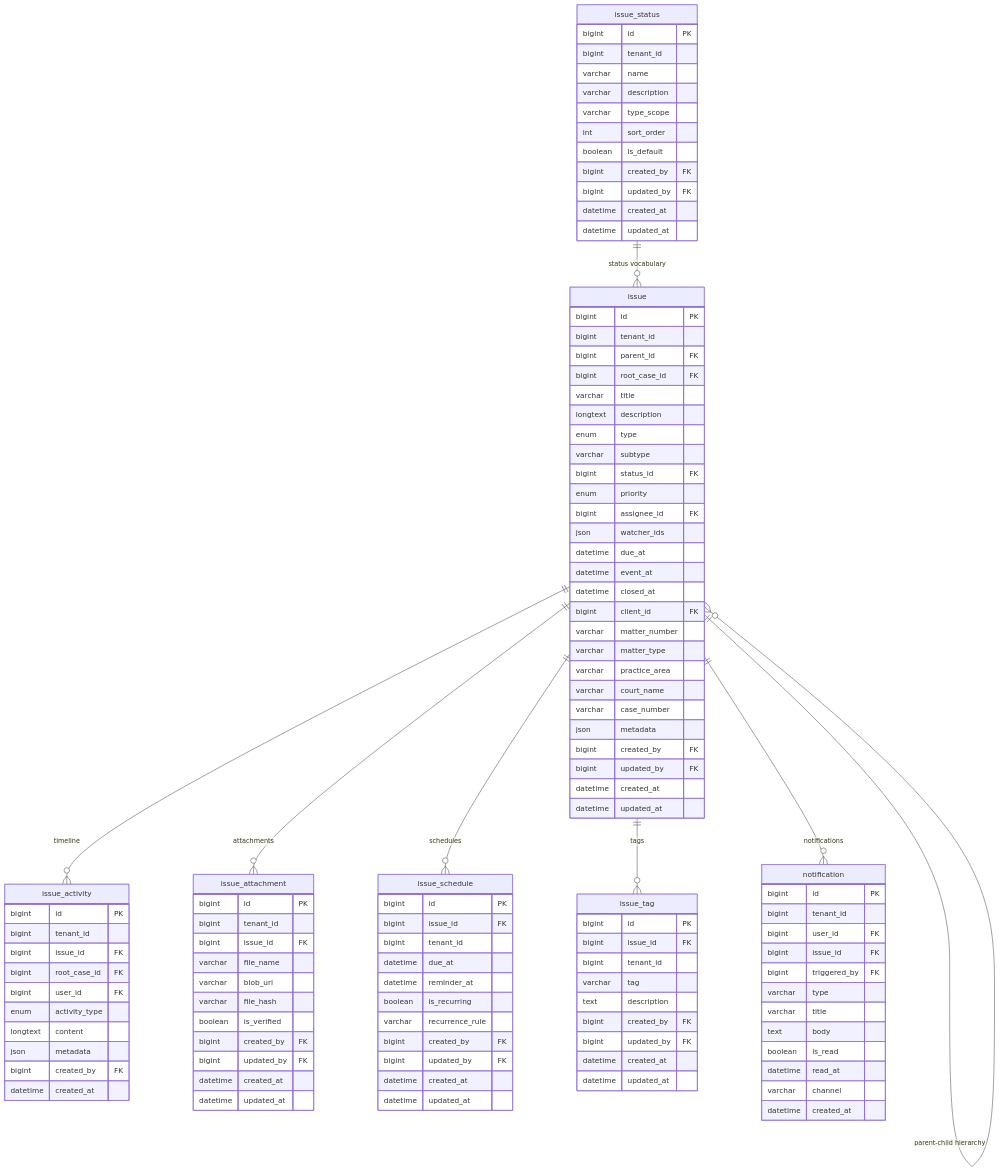
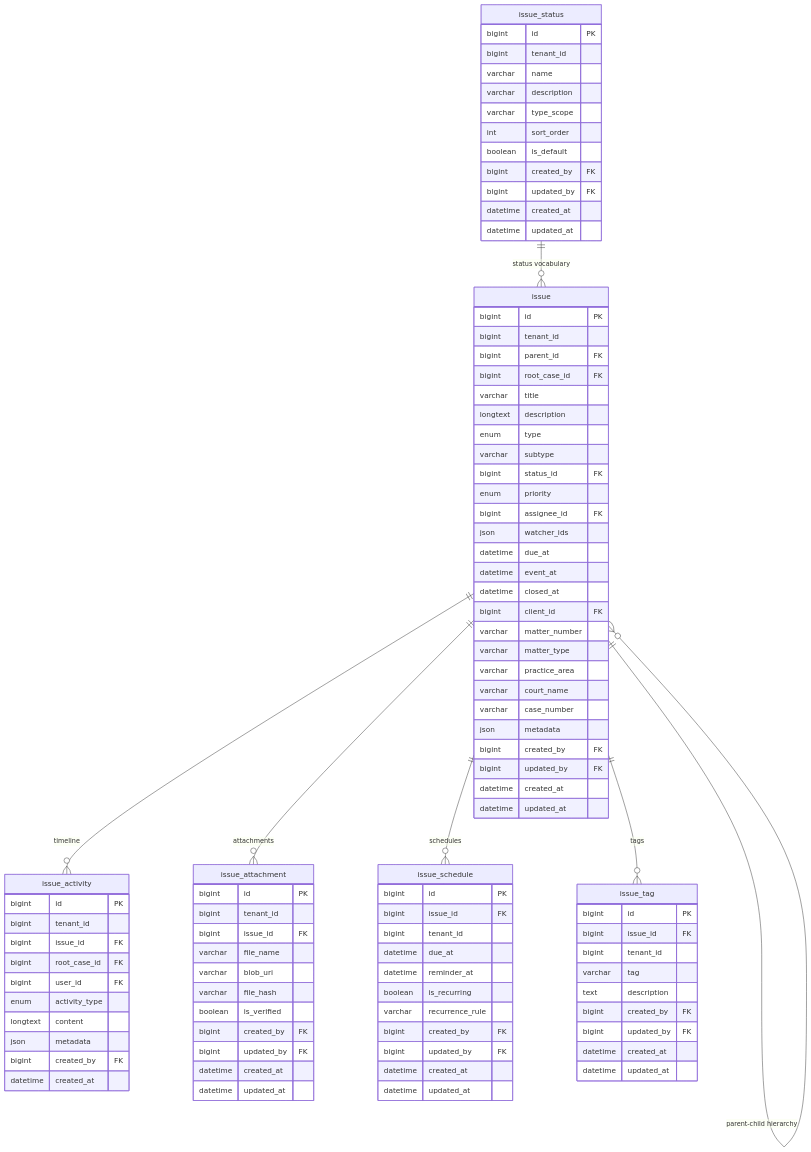
The diagram in v3-lean-case-management.md (yash1th-yerra-gaura/markdowns), drawn with Mermaid before and after one commit.

````diff
--- a/v3-lean-case-management.md
+++ b/v3-lean-case-management.md
@@ -100,20 +100,7 @@
         datetime updated_at
     }
 
-    notification {
-        bigint id PK
-        bigint tenant_id
-        bigint user_id FK
-        bigint issue_id FK
-        bigint triggered_by FK
-        varchar type
-        varchar title
-        text body
-        boolean is_read
-        datetime read_at
-        varchar channel
-        datetime created_at
-    }
+   
 
     issue_status ||--o{ issue : "status vocabulary"
 
@@ -123,5 +110,5 @@
     issue ||--o{ issue_attachment : "attachments"
     issue ||--o{ issue_schedule : "schedules"
     issue ||--o{ issue_tag : "tags"
-    issue ||--o{ notification : "notifications"
+    
 ```
````
